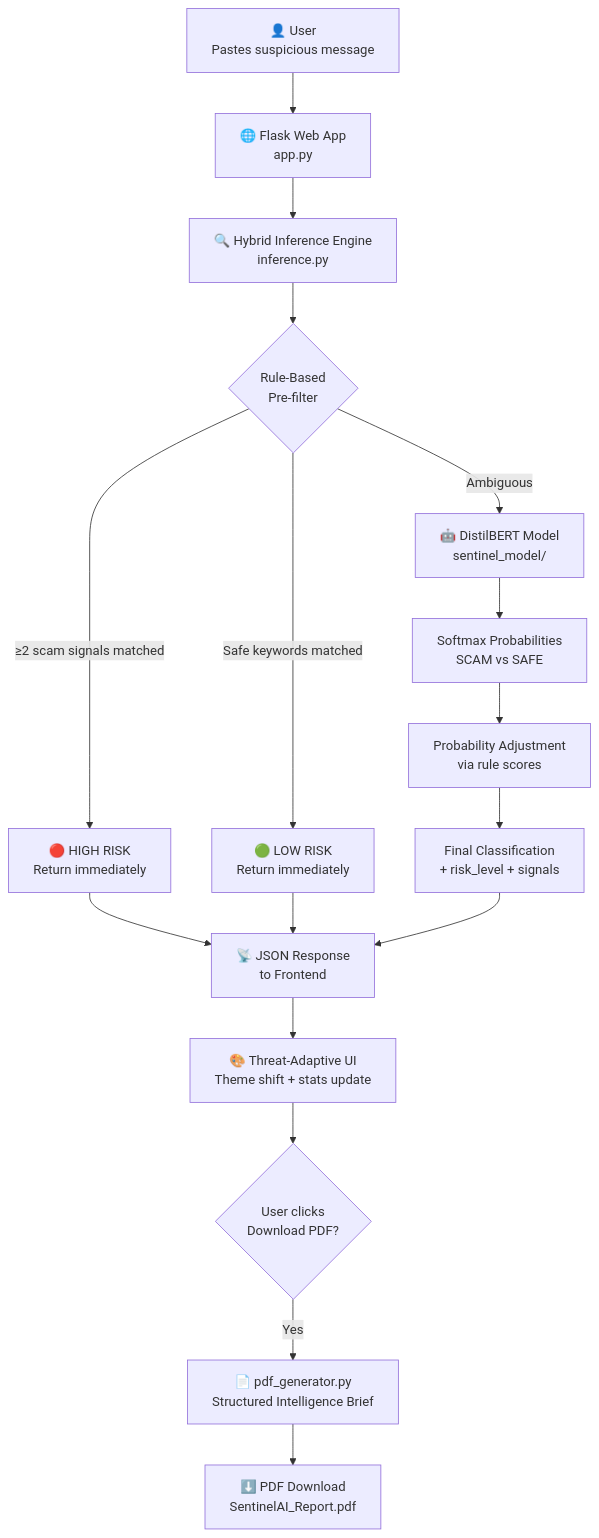
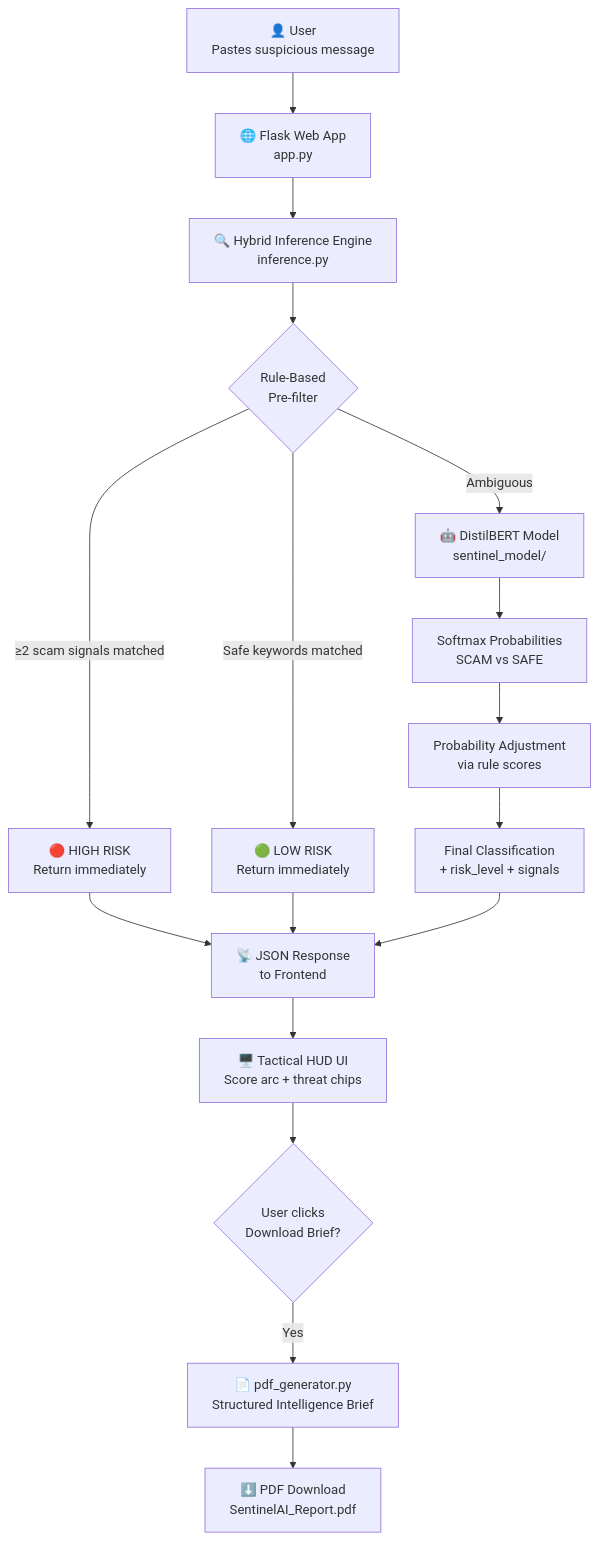
One commit to Shade-63/Sentinel-AI changed the first of 2 diagrams in README.md. Above: the diagram before and after it, drawn with Mermaid. The commit also changed other lines of this file and 22 other files, not shown here.

````diff
--- a/README.md
+++ b/README.md
@@ -79,24 +100,24 @@
 ```mermaid
 flowchart TD
     A["👤 User\nPastes suspicious message"] --> B["🌐 Flask Web App\napp.py"]
 
     B --> C["🔍 Hybrid Inference Engine\ninference.py"]
 
     C --> D{"Rule-Based\nPre-filter"}
     D -->|"≥2 scam signals matched"| E["🔴 HIGH RISK\nReturn immediately"]
     D -->|"Safe keywords matched"| F["🟢 LOW RISK\nReturn immediately"]
     D -->|"Ambiguous"| G["🤖 DistilBERT Model\nsentinel_model/"]
 
     G --> H["Softmax Probabilities\nSCAM vs SAFE"]
     H --> I["Probability Adjustment\nvia rule scores"]
     I --> J["Final Classification\n+ risk_level + signals"]
 
     E --> K["📡 JSON Response\nto Frontend"]
     F --> K
     J --> K
 
-    K --> L["🎨 Threat-Adaptive UI\nTheme shift + stats update"]
-    L --> M{"User clicks\nDownload PDF?"}
+    K --> L["🖥️ Tactical HUD UI\nScore arc + threat chips"]
+    L --> M{"User clicks\nDownload Brief?"}
     M -->|Yes| N["📄 pdf_generator.py\nStructured Intelligence Brief"]
     N --> O["⬇️ PDF Download\nSentinelAI_Report.pdf"]
 ```
````
